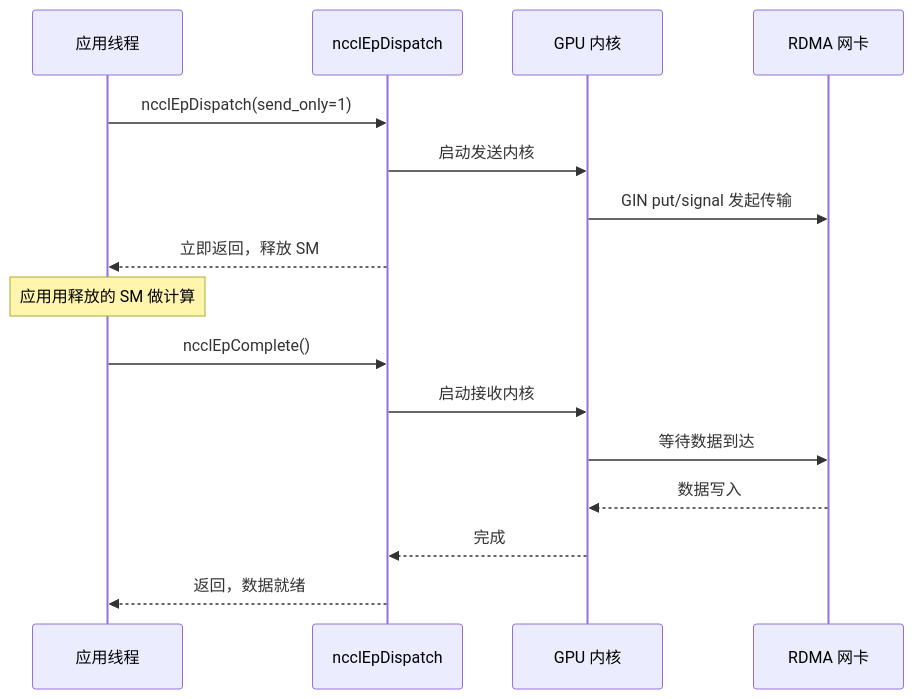
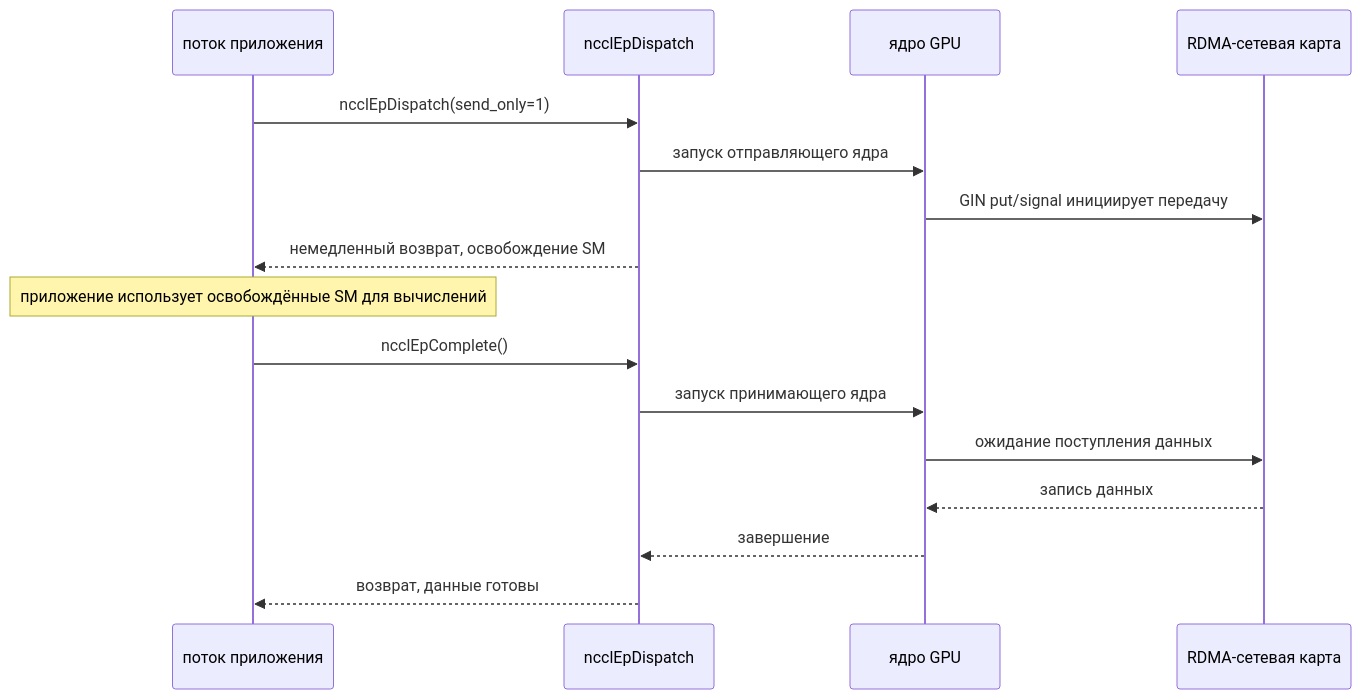
One commit to maleRjc/AiReadCodeBooks changed the first of 2 diagrams in books/nccl/ru/23-ecosystem-nccl4py-nccl4rust-nccl-ep.md. Above: the diagram before and after it, drawn with Mermaid. The commit also changed other lines of this file and 74 other files, not shown here.

````diff
--- a/books/nccl/ru/23-ecosystem-nccl4py-nccl4rust-nccl-ep.md
+++ b/books/nccl/ru/23-ecosystem-nccl4py-nccl4rust-nccl-ep.md
@@ -193,18 +195,18 @@
 ```mermaid
 sequenceDiagram
-    participant App as 应用线程
+    participant App as поток приложения
     participant EP as ncclEpDispatch
-    participant GPU as GPU 内核
-    participant Net as RDMA 网卡
+    participant GPU as ядро GPU
+    participant Net as RDMA-сетевая карта
     App->>EP: ncclEpDispatch(send_only=1)
-    EP->>GPU: 启动发送内核
-    GPU->>Net: GIN put/signal 发起传输
-    EP-->>App: 立即返回，释放 SM
-    Note over App: 应用用释放的 SM 做计算
+    EP->>GPU: запуск отправляющего ядра
+    GPU->>Net: GIN put/signal инициирует передачу
+    EP-->>App: немедленный возврат, освобождение SM
+    Note over App: приложение использует освобождённые SM для вычислений
     App->>EP: ncclEpComplete()
-    EP->>GPU: 启动接收内核
-    GPU->>Net: 等待数据到达
-    Net-->>GPU: 数据写入
-    GPU-->>EP: 完成
-    EP-->>App: 返回，数据就绪
+    EP->>GPU: запуск принимающего ядра
+    GPU->>Net: ожидание поступления данных
+    Net-->>GPU: запись данных
+    GPU-->>EP: завершение
+    EP-->>App: возврат, данные готовы
 ```
````
